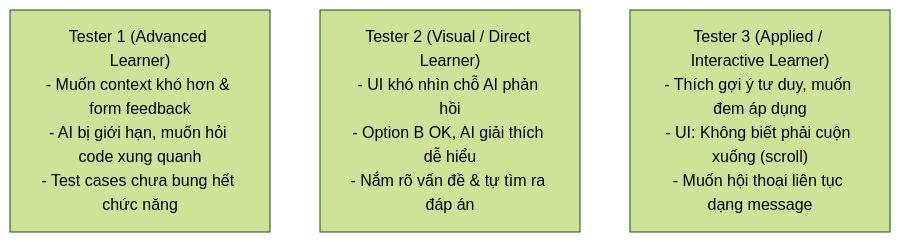
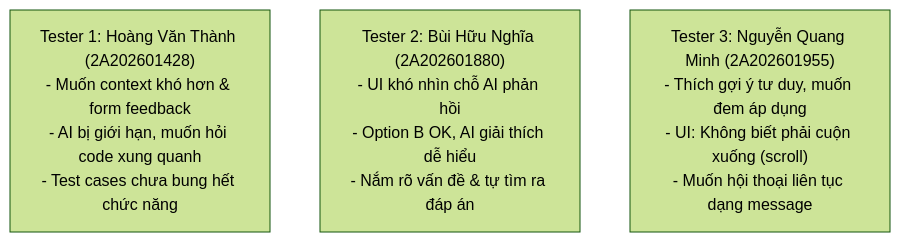
Before and after one commit to phambahuycv/K4-Track1-Lab17-2A202601132-PhamBaHuy: the diagram in prototype-feedback-note.md, drawn with Mermaid (forest theme). The commit also changed other lines of this file and 2 other files, not shown here.

Commit message:
info tester

````diff
--- a/prototype-feedback-note.md
+++ b/prototype-feedback-note.md
@@ -22,6 +22,6 @@
 ```mermaid
 graph TD
-    T1["Tester 1 (Advanced Learner)<br/>- Muốn context khó hơn & form feedback<br/>- AI bị giới hạn, muốn hỏi code xung quanh<br/>- Test cases chưa bung hết chức năng"]
-    T2["Tester 2 (Visual / Direct Learner)<br/>- UI khó nhìn chỗ AI phản hồi<br/>- Option B OK, AI giải thích dễ hiểu<br/>- Nắm rõ vấn đề & tự tìm ra đáp án"]
-    T3["Tester 3 (Applied / Interactive Learner)<br/>- Thích gợi ý tư duy, muốn đem áp dụng<br/>- UI: Không biết phải cuộn xuống (scroll)<br/>- Muốn hội thoại liên tục dạng message"]
+    T1["Tester 1: Hoàng Văn Thành (2A202601428)<br/>- Muốn context khó hơn & form feedback<br/>- AI bị giới hạn, muốn hỏi code xung quanh<br/>- Test cases chưa bung hết chức năng"]
+    T2["Tester 2: Bùi Hữu Nghĩa (2A202601880)<br/>- UI khó nhìn chỗ AI phản hồi<br/>- Option B OK, AI giải thích dễ hiểu<br/>- Nắm rõ vấn đề & tự tìm ra đáp án"]
+    T3["Tester 3: Nguyễn Quang Minh (2A202601955)<br/>- Thích gợi ý tư duy, muốn đem áp dụng<br/>- UI: Không biết phải cuộn xuống (scroll)<br/>- Muốn hội thoại liên tục dạng message"]
 ```
````
